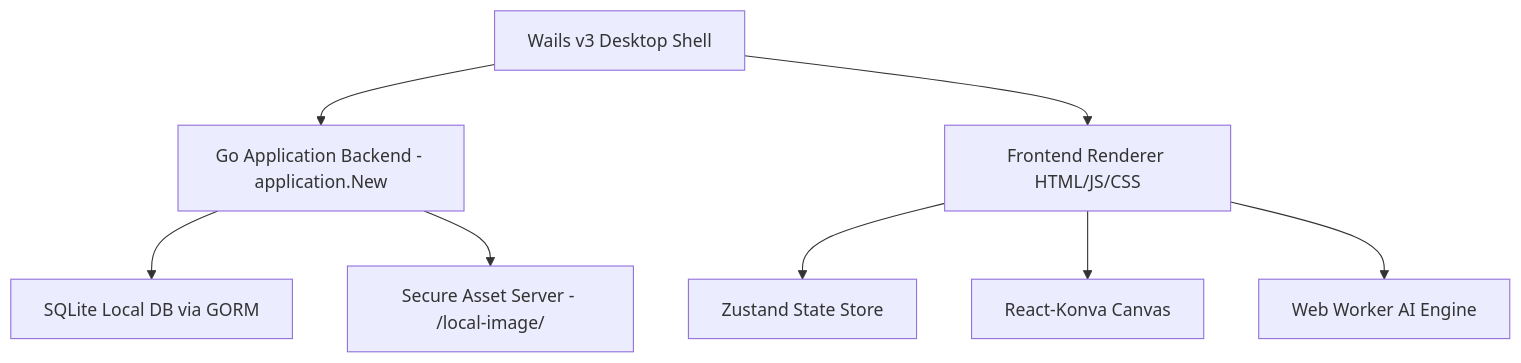
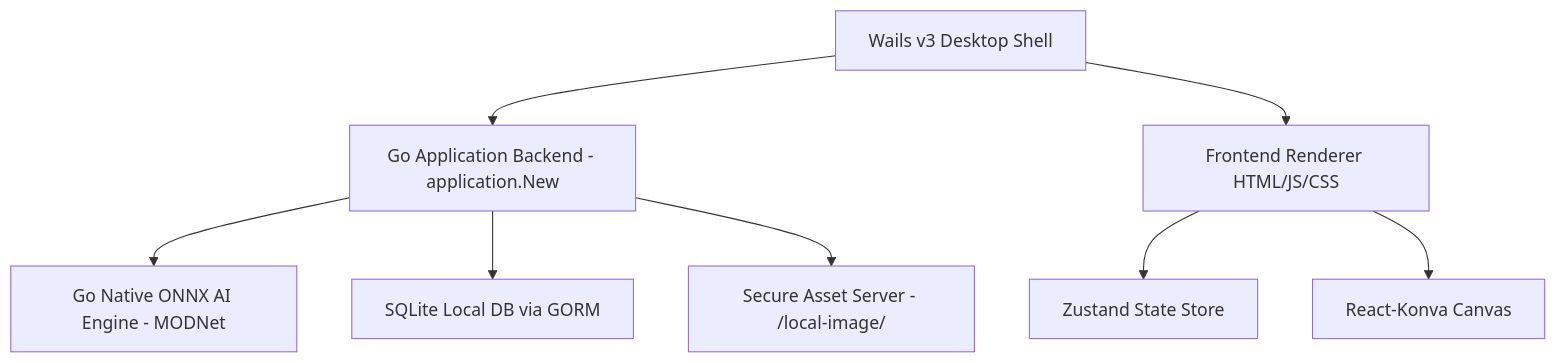
Before and after one commit to wisam79/grido: the first of 2 diagrams in docs/developer_guide.md, drawn with Mermaid. The commit also changed other lines of this file and 19 other files, not shown here.

First line of the commit message:
feat(ai): migrate background removal to native Go ONNX Runtime and MODNet

````diff
--- a/docs/developer_guide.md
+++ b/docs/developer_guide.md
@@ -11,10 +11,10 @@
 ```mermaid
 graph TD
     A[Wails v3 Desktop Shell] --> B[Go Application Backend - application.New]
     A --> C[Frontend Renderer HTML/JS/CSS]
     C --> D[Zustand State Store]
     C --> E[React-Konva Canvas]
-    C --> F[Web Worker AI Engine]
+    B --> F[Go Native ONNX AI Engine - MODNet]
     B --> G[SQLite Local DB via GORM]
     B --> H[Secure Asset Server - /local-image/]
 ```
````
